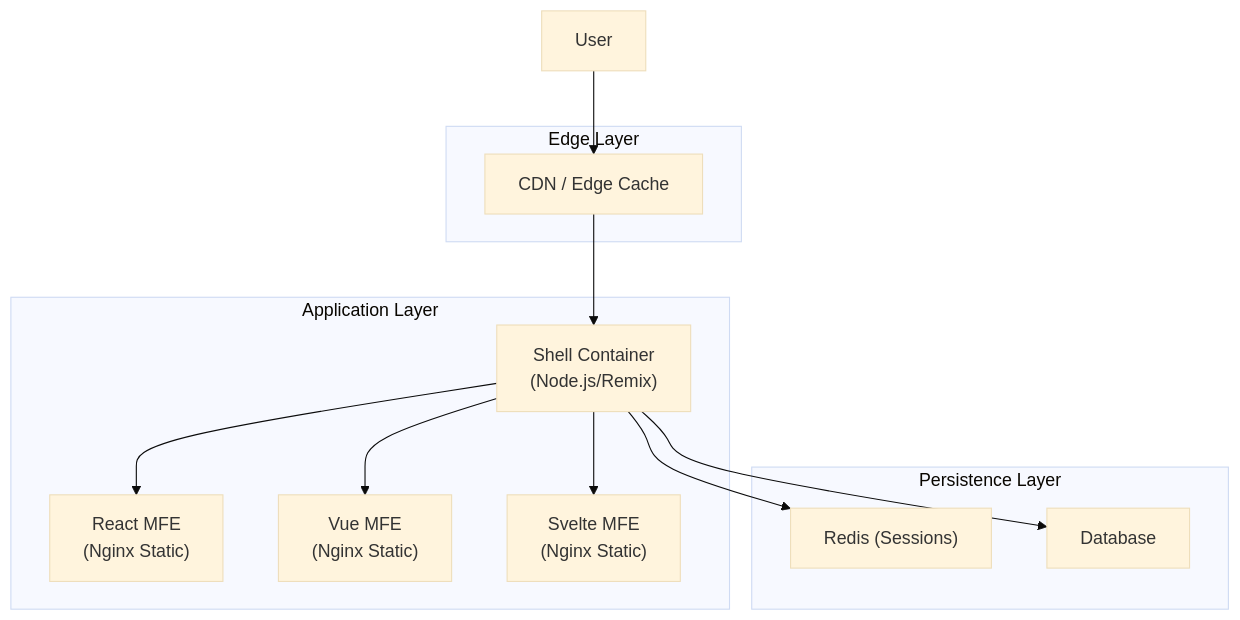
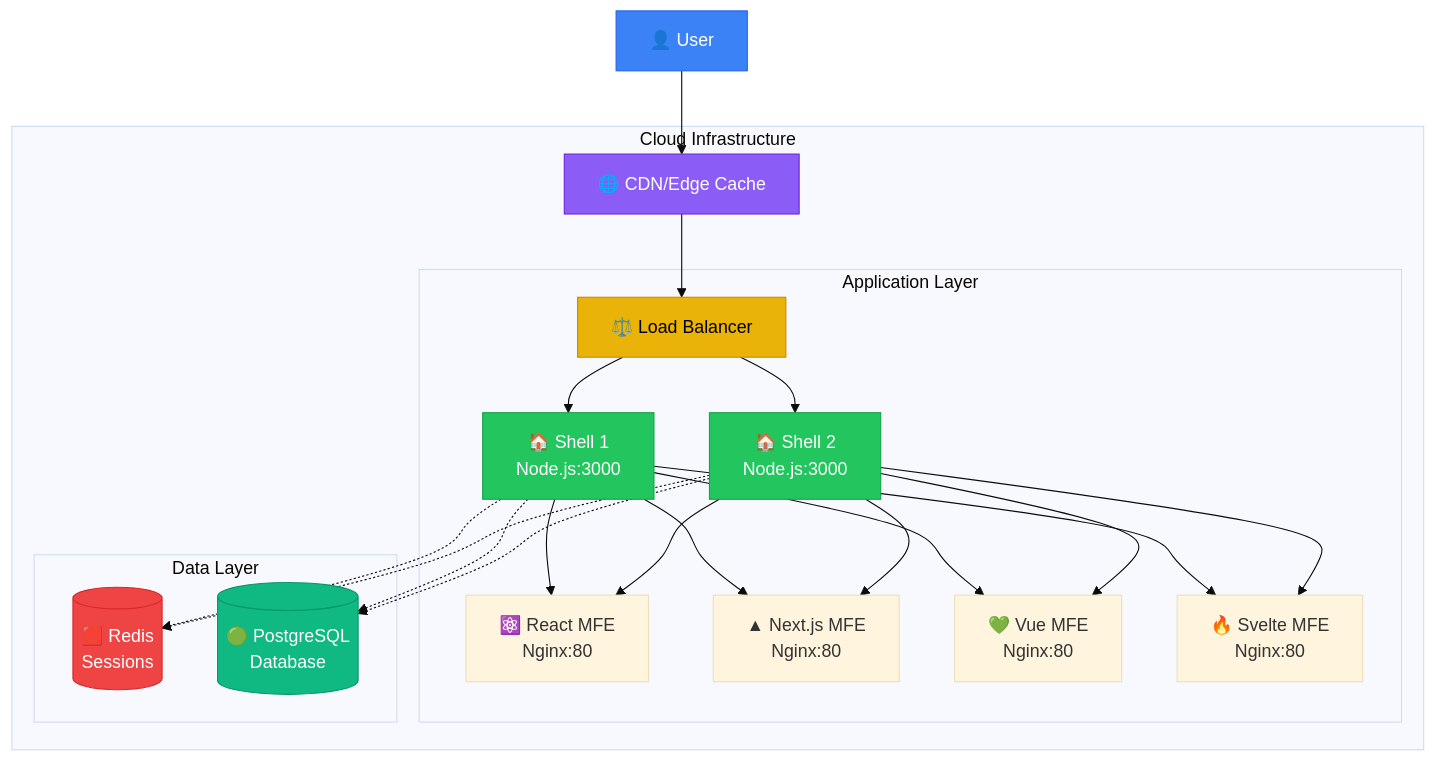
Before and after one commit to tian972k/micro-fontend-base: the first of 5 diagrams in docs/DEPLOYMENT.md, drawn with Mermaid (base theme). The commit also changed other lines of this file and 10 other files, not shown here.

First line of the commit message:
docs: comprehensive documentation update with visual diagrams

````diff
--- a/docs/DEPLOYMENT.md
+++ b/docs/DEPLOYMENT.md
@@ -27,23 +27,34 @@
 ```mermaid
-flowchart TD
-    subgraph "Edge Layer"
-        CDN["CDN / Edge Cache"]
+flowchart TB
+    User[👤 User] --> CDN[🌐 CDN/Edge Cache]
+
+    subgraph Cloud ["Cloud Infrastructure"]
+        CDN --> LB[⚖️ Load Balancer]
+
+        subgraph Apps ["Application Layer"]
+            LB --> Shell1[🏠 Shell 1<br/>Node.js:3000]
+            LB --> Shell2[🏠 Shell 2<br/>Node.js:3000]
+
+            Shell1 & Shell2 --> MFE1[⚛️ React MFE<br/>Nginx:80]
+            Shell1 & Shell2 --> MFE2["▲ Next.js MFE<br/>Nginx:80"]
+            Shell1 & Shell2 --> MFE3["💚 Vue MFE<br/>Nginx:80"]
+            Shell1 & Shell2 --> MFE4["🔥 Svelte MFE<br/>Nginx:80"]
+        end
+
+        subgraph Data ["Data Layer"]
+            Redis[(🟥 Redis<br/>Sessions)]
+            DB[(🟢 PostgreSQL<br/>Database)]
+        end
     end
 
-    subgraph "Application Layer"
-        Shell["Shell Container<br/>(Node.js/Remix)"]
-        React["React MFE<br/>(Nginx Static)"]
-        Vue["Vue MFE<br/>(Nginx Static)"]
-        Svelte["Svelte MFE<br/>(Nginx Static)"]
-    end
+    Shell1 & Shell2 -.-> Redis
+    Shell1 & Shell2 -.-> DB
 
-    subgraph "Persistence Layer"
-        Redis["Redis (Sessions)"]
-        DB["Database"]
-    end
-
-    User --> CDN
-    CDN --> Shell
-    Shell --> React & Vue & Svelte
-    Shell --> Redis & DB
+    style User fill:#3b82f6,stroke:#2563eb,color:#fff
+    style CDN fill:#8b5cf6,stroke:#6d28d9,color:#fff
+    style LB fill:#eab308,stroke:#ca8a04,color:#000
+    style Shell1 fill:#22c55e,stroke:#16a34a,color:#fff
+    style Shell2 fill:#22c55e,stroke:#16a34a,color:#fff
+    style Redis fill:#ef4444,stroke:#dc2626,color:#fff
+    style DB fill:#10b981,stroke:#059669,color:#fff
 ```
````
